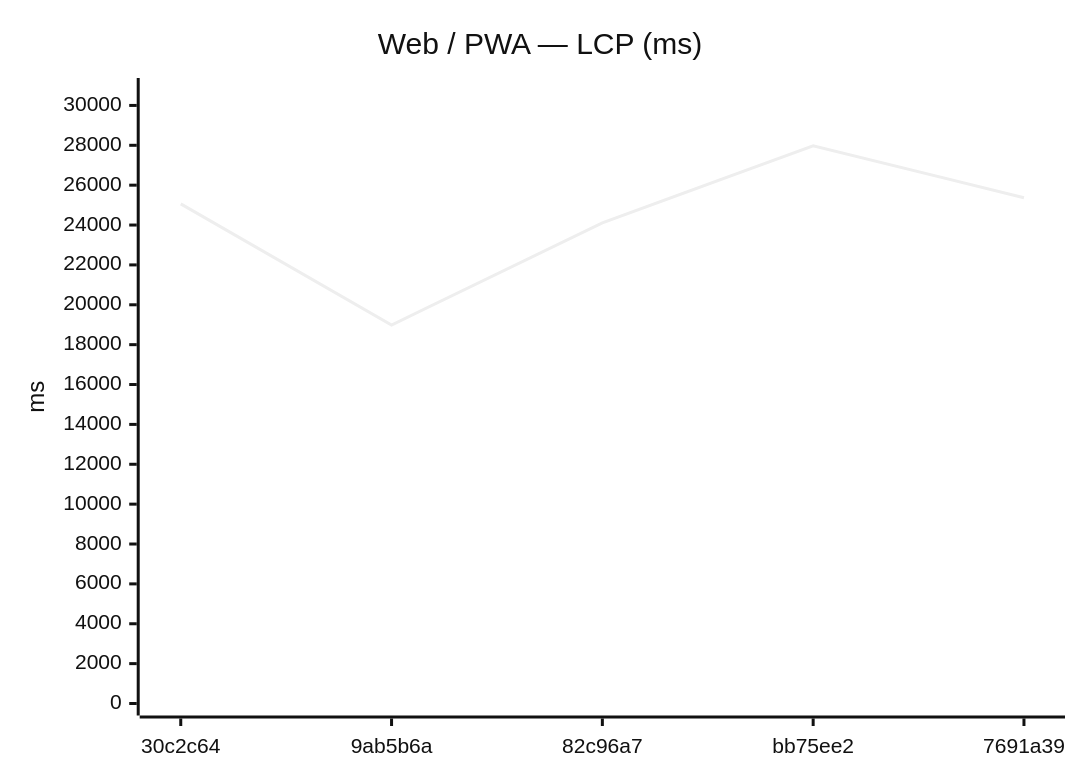
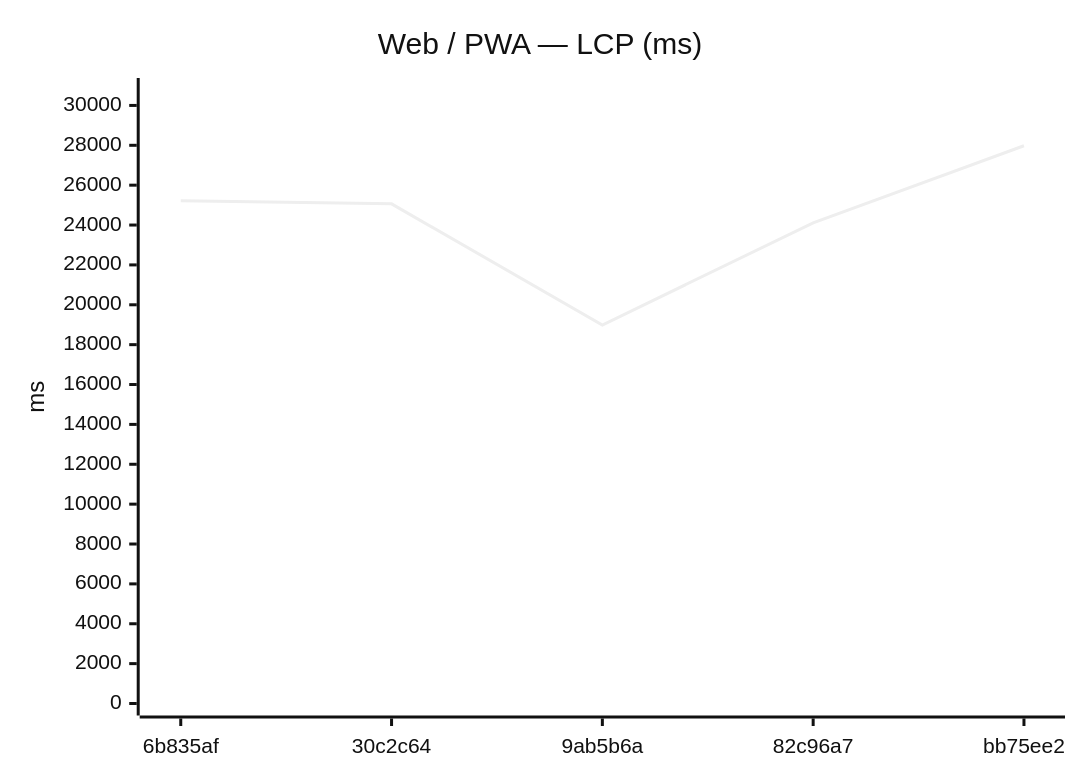
The fifth of 12 diagrams in benchmarks/compare.md (Metaheurist/Rianell), drawn with Mermaid (neutral theme) before and after one commit. The commit also changed other lines of this file and 8 other files, not shown here.

````diff
--- a/benchmarks/compare.md
+++ b/benchmarks/compare.md
@@ -82,7 +82,7 @@
 ```mermaid
 xychart-beta
     title "Web / PWA — LCP (ms)"
-    x-axis ["30c2c64", "9ab5b6a", "82c96a7", "bb75ee2", "7691a39"]
+    x-axis ["6b835af", "30c2c64", "9ab5b6a", "82c96a7", "bb75ee2"]
     y-axis "ms" 0 --> 30774
-    line [25064, 18985, 24113, 27976, 25370]
+    line [25215, 25064, 18985, 24113, 27976]
 ```
````
